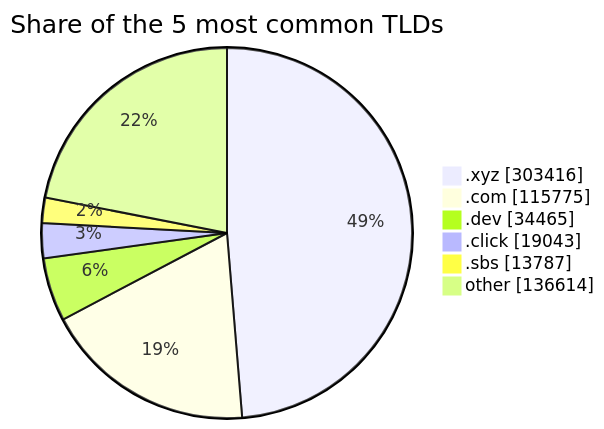
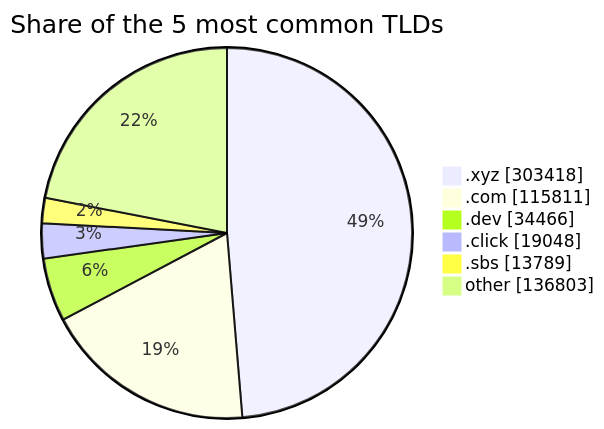
Before and after one commit to DNSBunker/CTI: the third of 3 diagrams in README.md, drawn with Mermaid. The commit also changed other lines of this file and 3 other files, not shown here.

````diff
--- a/README.md
+++ b/README.md
@@ -81,9 +81,9 @@
 ```mermaid
 pie showData title Share of the 5 most common TLDs
-    ".xyz" : 303416
-    ".com" : 115775
-    ".dev" : 34465
-    ".click" : 19043
-    ".sbs" : 13787
-    "other" : 136614
+    ".xyz" : 303418
+    ".com" : 115811
+    ".dev" : 34466
+    ".click" : 19048
+    ".sbs" : 13789
+    "other" : 136803
 ```
````
